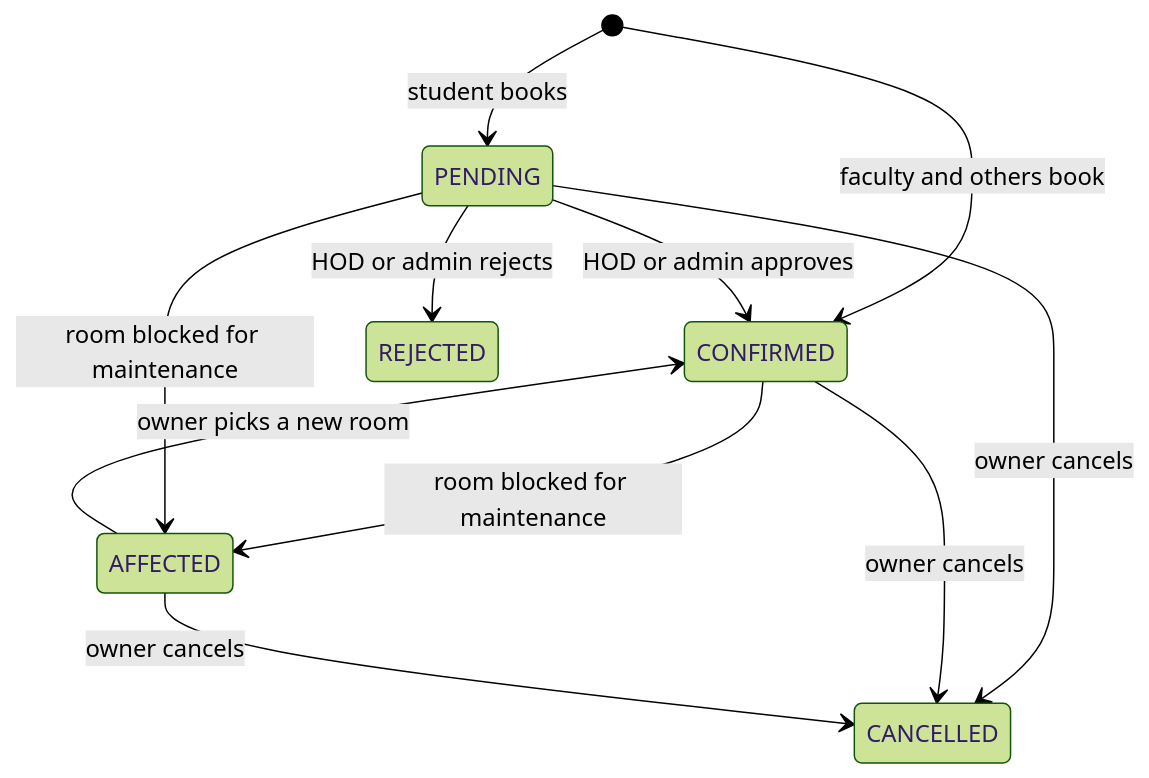
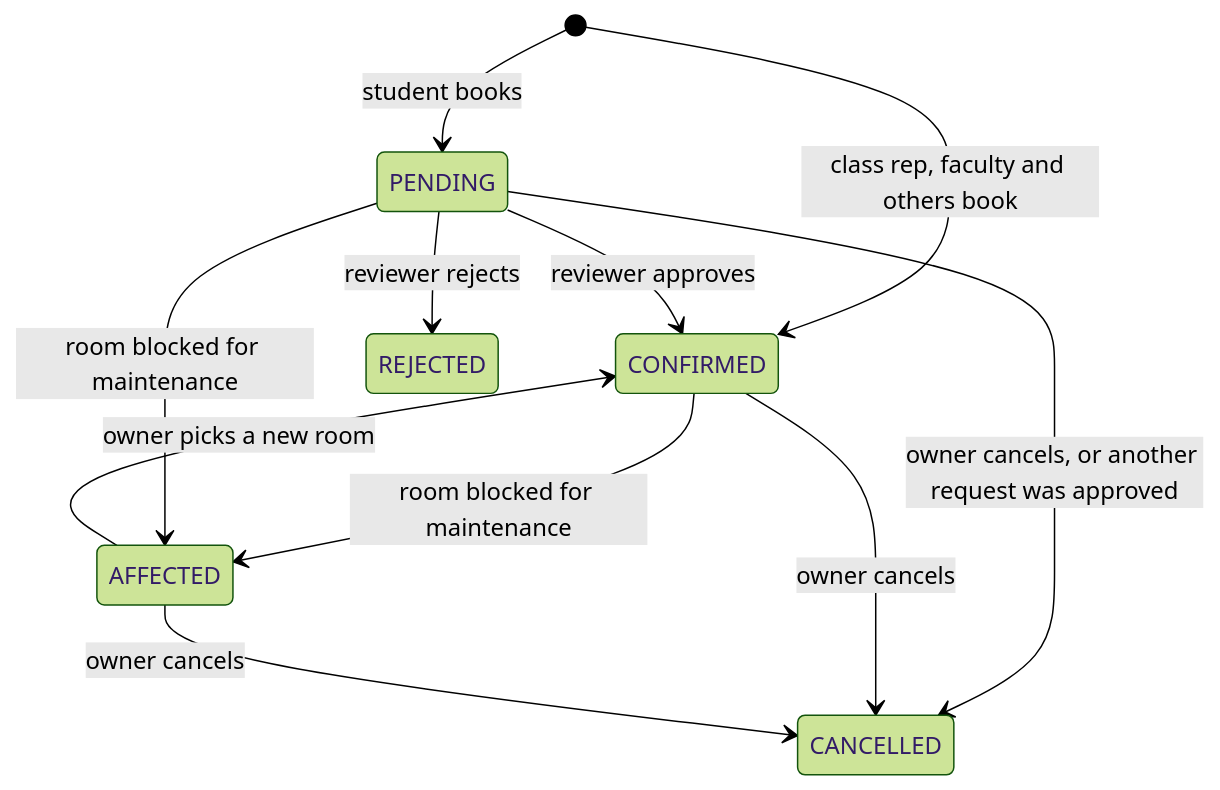
The fifth of 6 diagrams in docs/architecture.md (Karamazov7/EduSpace), drawn with Mermaid (forest theme) before and after one commit. The commit also changed other lines of this file and 9 other files, not shown here.

````diff
--- a/docs/architecture.md
+++ b/docs/architecture.md
@@ -112,13 +145,13 @@
 ```mermaid
 stateDiagram-v2
   [*] --> PENDING: student books
-  [*] --> CONFIRMED: faculty and others book
-  PENDING --> CONFIRMED: HOD or admin approves
-  PENDING --> REJECTED: HOD or admin rejects
-  PENDING --> CANCELLED: owner cancels
+  [*] --> CONFIRMED: class rep, faculty and others book
+  PENDING --> CONFIRMED: reviewer approves
+  PENDING --> REJECTED: reviewer rejects
+  PENDING --> CANCELLED: owner cancels, or another request was approved
   CONFIRMED --> CANCELLED: owner cancels
   CONFIRMED --> AFFECTED: room blocked for maintenance
   PENDING --> AFFECTED: room blocked for maintenance
   AFFECTED --> CONFIRMED: owner picks a new room
   AFFECTED --> CANCELLED: owner cancels
 ```
````
